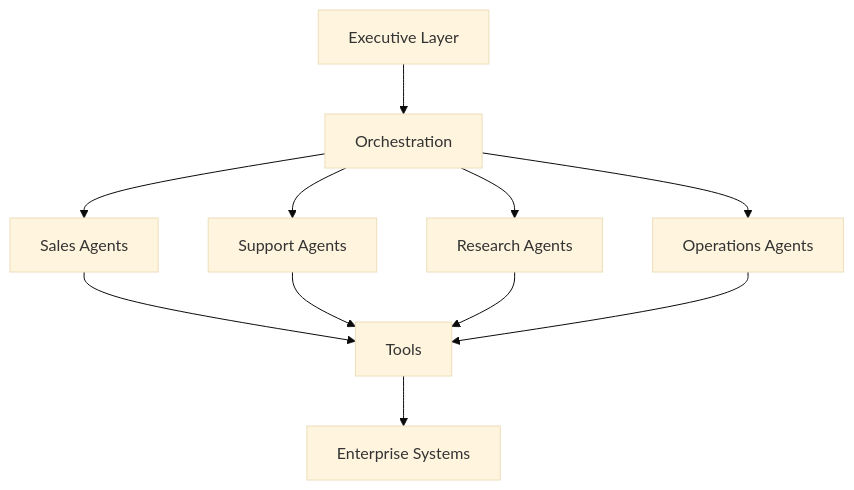
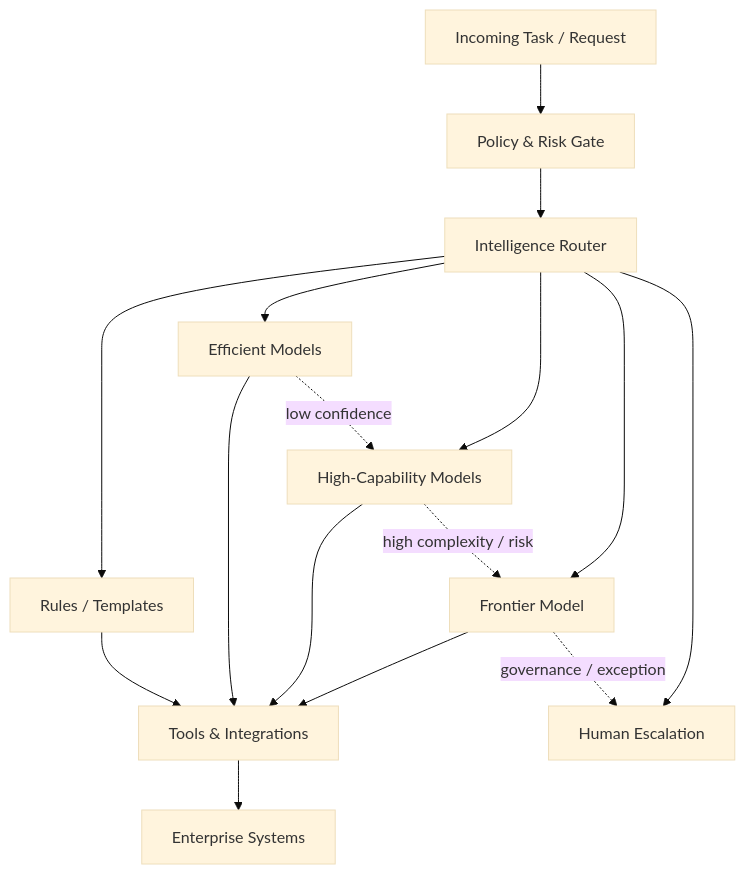
One commit to Poochaman/Poochaman changed the third of 3 diagrams in README.md. Above: the diagram before and after it, drawn with Mermaid (base theme). The commit also changed other lines of this file, not shown here.

````diff
--- a/README.md
+++ b/README.md
@@ -113,13 +160,22 @@
 ```mermaid
 flowchart TB
-    A[Executive Layer] --> B[Orchestration]
-    B --> C1[Sales Agents]
-    B --> C2[Support Agents]
-    B --> C3[Research Agents]
-    B --> C4[Operations Agents]
-    C1 --> D[Tools]
-    C2 --> D
-    C3 --> D
-    C4 --> D
-    D --> E[Enterprise Systems]
+    A[Incoming Task / Request] --> B[Policy & Risk Gate]
+    B --> C[Intelligence Router]
+
+    C --> D1[Rules / Templates]
+    C --> D2[Efficient Models]
+    C --> D3[High-Capability Models]
+    C --> D4[Frontier Model]
+    C --> D5[Human Escalation]
+
+    D1 --> E[Tools & Integrations]
+    D2 --> E
+    D3 --> E
+    D4 --> E
+
+    E --> F[Enterprise Systems]
+
+    D2 -. low confidence .-> D3
+    D3 -. high complexity / risk .-> D4
+    D4 -. governance / exception .-> D5
 ```
````
